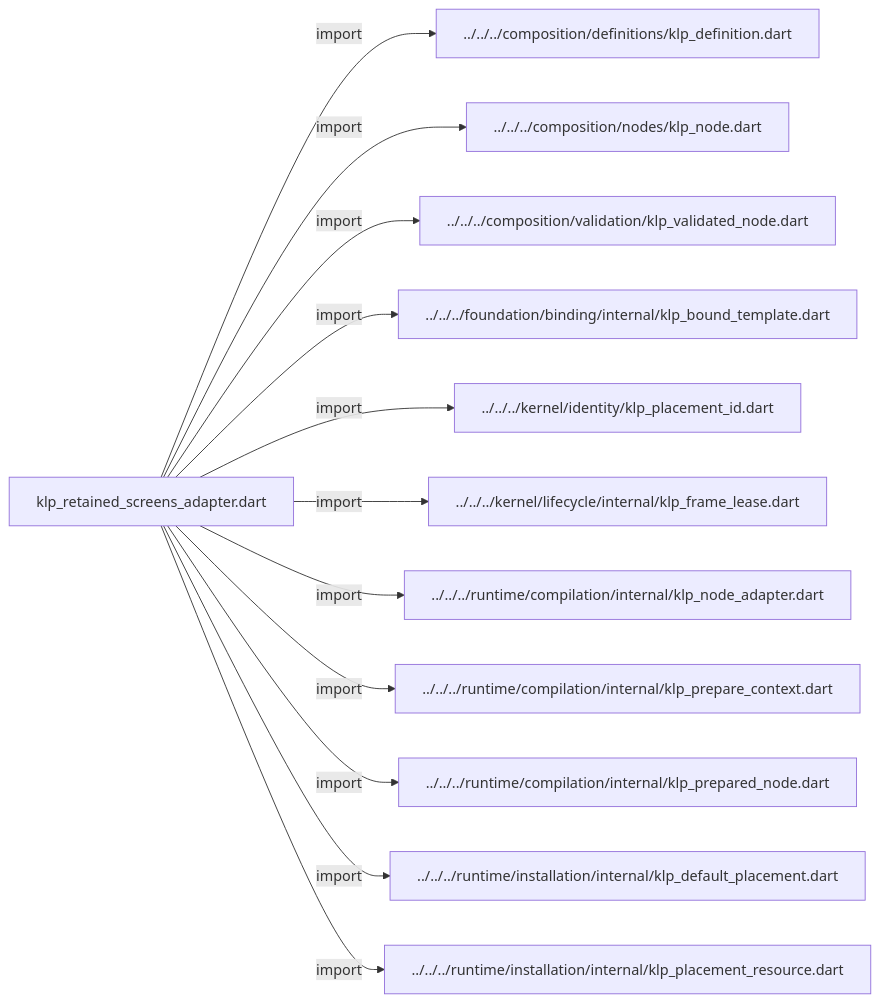
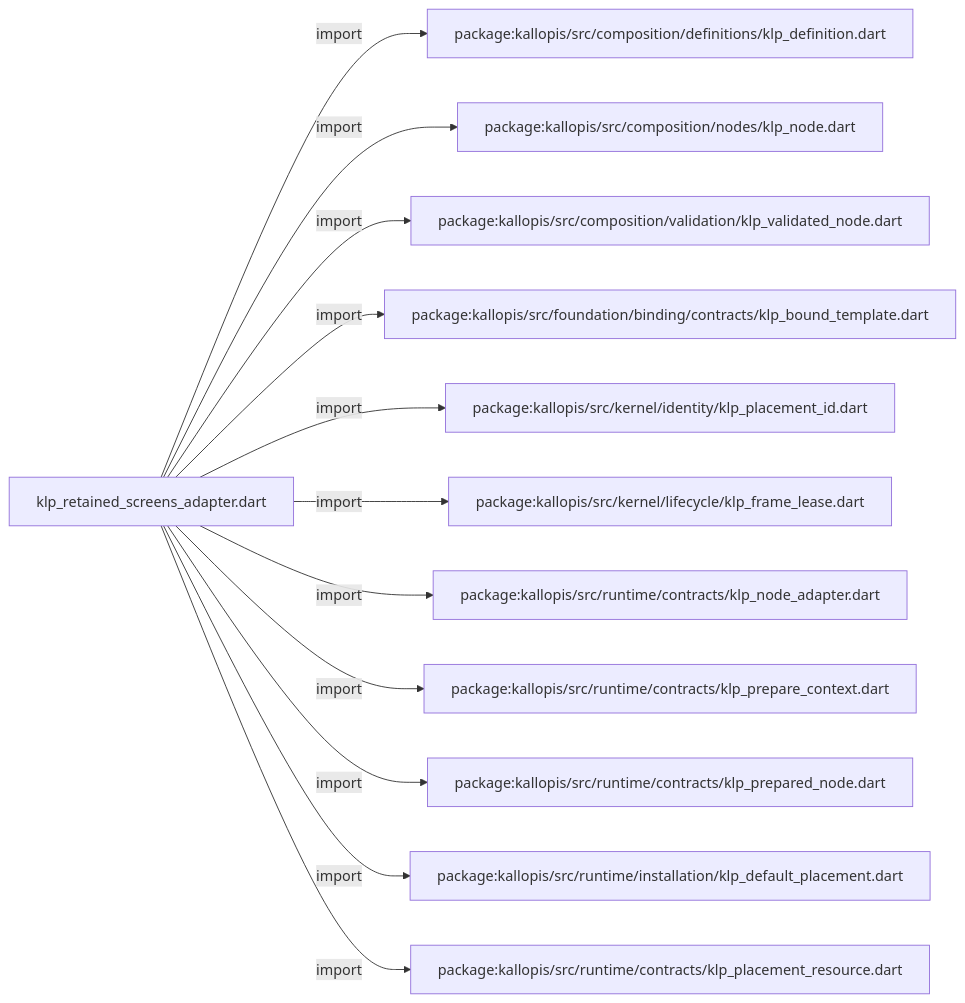
One commit to MiuDog/Kallopis changed the first of 5 diagrams in docs/architecture/src/application/bootstrap/internal/klp_retained_screens_adapter.md. Above: the diagram before and after it, drawn with Mermaid. The commit also changed other lines of this file and 9688 other files, not shown here.

Commit message:
Prepare isolated Flow F2 peer baseline

````diff
--- a/docs/architecture/src/application/bootstrap/internal/klp_retained_screens_adapter.md
+++ b/docs/architecture/src/application/bootstrap/internal/klp_retained_screens_adapter.md
@@ -11,26 +11,26 @@
 ```mermaid
 flowchart LR
 	n0["klp_retained_screens_adapter.dart"]
-	n1["../../../composition/definitions/klp_definition.dart"]
-	n2["../../../composition/nodes/klp_node.dart"]
-	n3["../../../composition/validation/klp_validated_node.dart"]
-	n4["../../../foundation/binding/internal/klp_bound_template.dart"]
-	n5["../../../kernel/identity/klp_placement_id.dart"]
-	n6["../../../kernel/lifecycle/internal/klp_frame_lease.dart"]
-	n7["../../../runtime/compilation/internal/klp_node_adapter.dart"]
-	n8["../../../runtime/compilation/internal/klp_prepare_context.dart"]
-	n9["../../../runtime/compilation/internal/klp_prepared_node.dart"]
-	n10["../../../runtime/installation/internal/klp_default_placement.dart"]
-	n11["../../../runtime/installation/internal/klp_placement_resource.dart"]
+	n1["package:kallopis/src/composition/definitions/klp_definition.dart"]
+	n2["package:kallopis/src/composition/nodes/klp_node.dart"]
+	n3["package:kallopis/src/composition/validation/klp_validated_node.dart"]
+	n4["package:kallopis/src/foundation/binding/contracts/klp_bound_template.dart"]
+	n5["package:kallopis/src/kernel/identity/klp_placement_id.dart"]
+	n6["package:kallopis/src/kernel/lifecycle/klp_frame_lease.dart"]
+	n7["package:kallopis/src/runtime/contracts/klp_node_adapter.dart"]
+	n8["package:kallopis/src/runtime/contracts/klp_prepare_context.dart"]
+	n9["package:kallopis/src/runtime/contracts/klp_prepared_node.dart"]
+	n10["package:kallopis/src/runtime/installation/klp_default_placement.dart"]
+	n11["package:kallopis/src/runtime/contracts/klp_placement_resource.dart"]
 	n0 -->|"import"| n1
 	n0 -->|"import"| n2
 	n0 -->|"import"| n3
 	n0 -->|"import"| n4
 	n0 -->|"import"| n5
 	n0 -->|"import"| n6
 	n0 -->|"import"| n7
 	n0 -->|"import"| n8
 	n0 -->|"import"| n9
 	n0 -->|"import"| n10
 	n0 -->|"import"| n11
 ```
````
